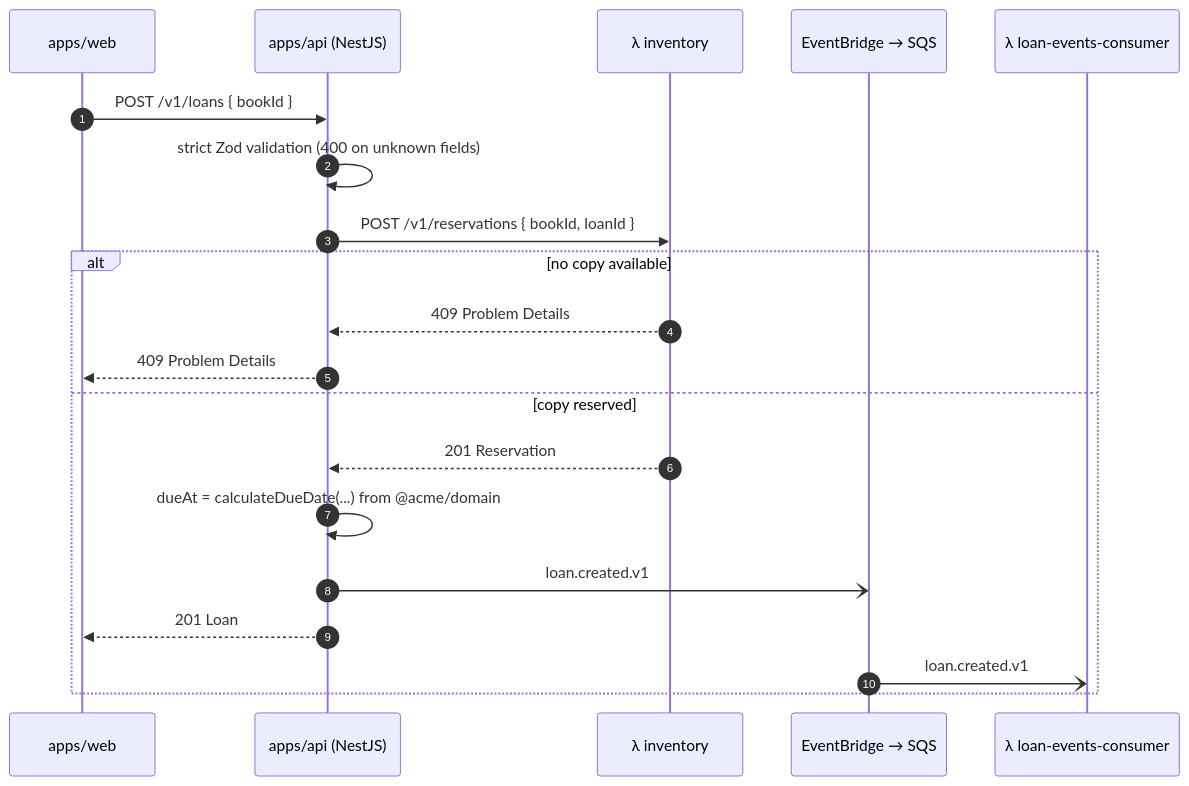
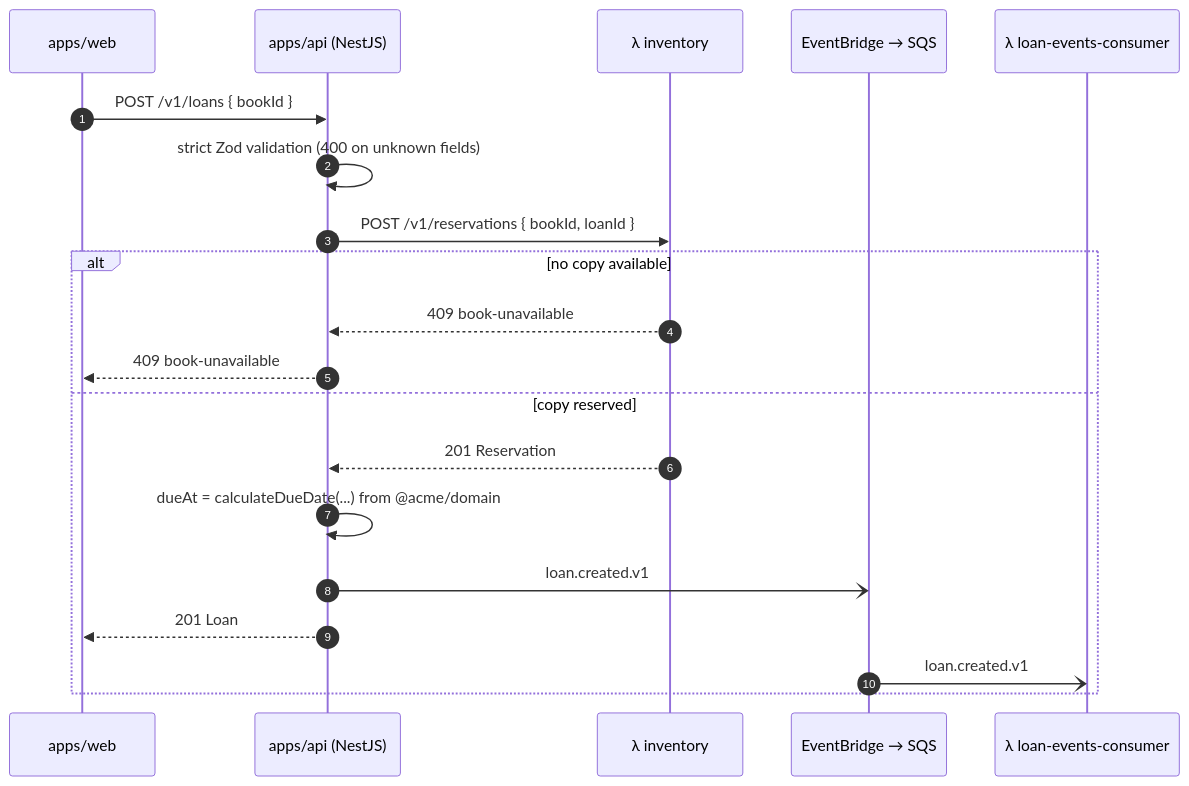
One commit to M4ciel/contract-first-poc changed the third of 6 diagrams in README.md. Above: the diagram before and after it, drawn with Mermaid. The commit also changed other lines of this file, not shown here.

Commit message:
docs(readme): mention the problem type catalog

````diff
--- a/README.md
+++ b/README.md
@@ -111,23 +111,23 @@
 ```mermaid
 sequenceDiagram
   autonumber
   participant Web as apps/web
   participant Api as apps/api (NestJS)
   participant Inv as λ inventory
   participant Bus as EventBridge → SQS
   participant Con as λ loan-events-consumer
 
   Web->>Api: POST /v1/loans { bookId }
   Api->>Api: strict Zod validation (400 on unknown fields)
   Api->>Inv: POST /v1/reservations { bookId, loanId }
   alt no copy available
-    Inv-->>Api: 409 Problem Details
-    Api-->>Web: 409 Problem Details
+    Inv-->>Api: 409 book-unavailable
+    Api-->>Web: 409 book-unavailable
   else copy reserved
     Inv-->>Api: 201 Reservation
     Api->>Api: dueAt = calculateDueDate(...) from @acme/domain
     Api-)Bus: loan.created.v1
     Api-->>Web: 201 Loan
     Bus-)Con: loan.created.v1
   end
 ```
````
